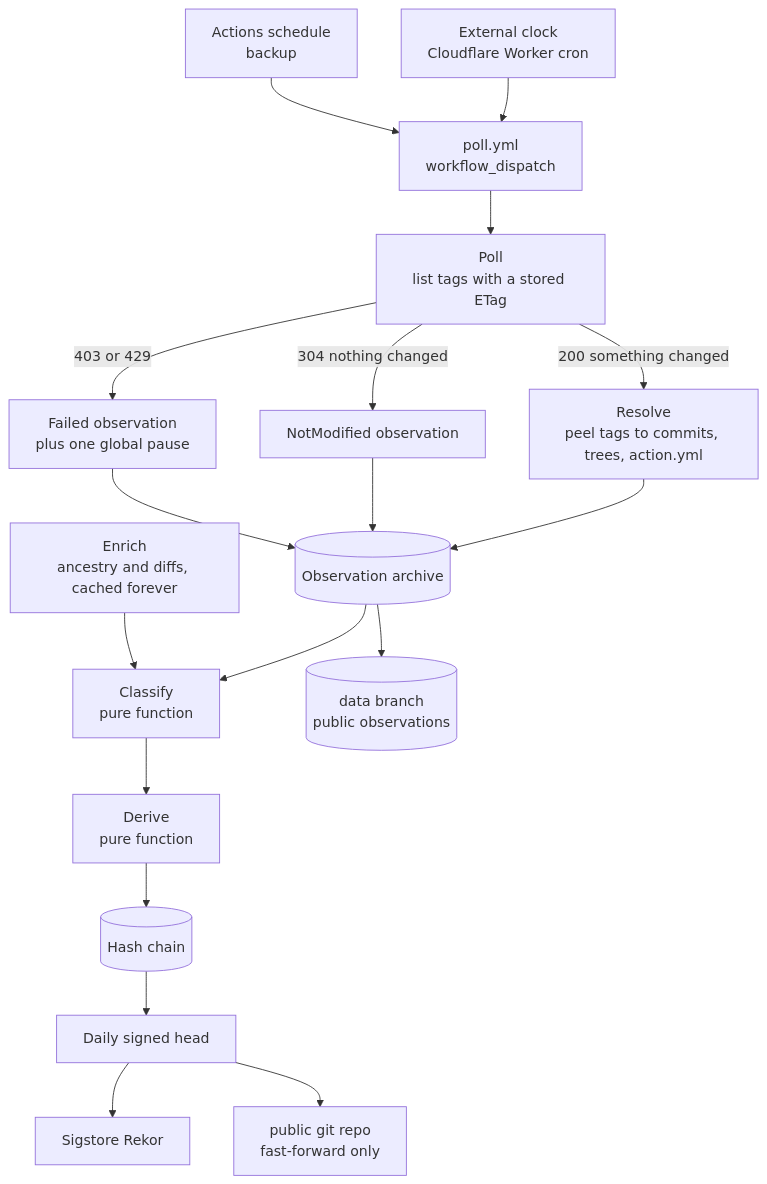
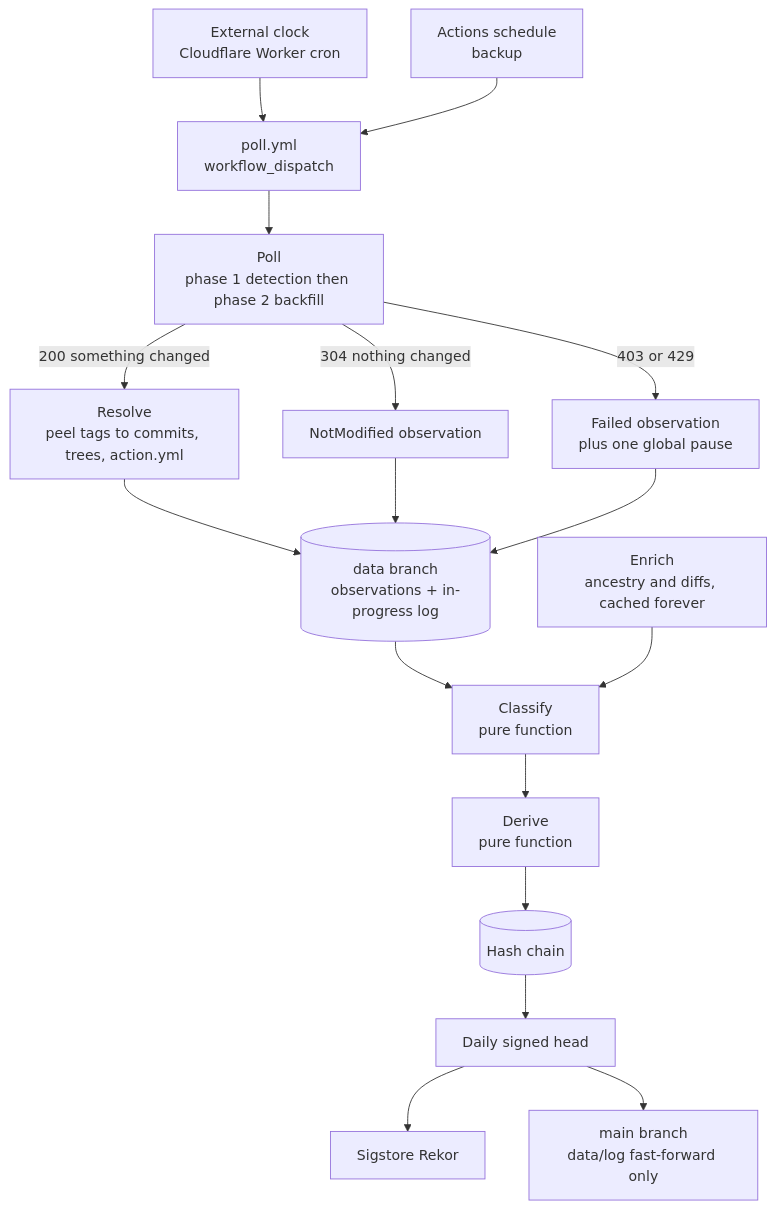
Before and after one commit to GautamTalksDev/refledger: the first of 6 diagrams in docs/HOW-IT-WORKS.md, drawn with Mermaid. The commit also changed other lines of this file and 13 other files, not shown here.

````diff
--- a/docs/HOW-IT-WORKS.md
+++ b/docs/HOW-IT-WORKS.md
@@ -5,20 +5,19 @@
 ```mermaid
 flowchart TD
     S["External clock<br/>Cloudflare Worker cron"] --> W["poll.yml<br/>workflow_dispatch"]
     B["Actions schedule<br/>backup"] --> W
-    W --> P["Poll<br/>list tags with a stored ETag"]
+    W --> P["Poll<br/>phase 1 detection then phase 2 backfill"]
     P -->|"304 nothing changed"| NM["NotModified observation"]
     P -->|"200 something changed"| R["Resolve<br/>peel tags to commits, trees, action.yml"]
     P -->|"403 or 429"| F["Failed observation<br/>plus one global pause"]
-    R --> O[("Observation archive")]
+    R --> O[("data branch<br/>observations + in-progress log")]
     NM --> O
     F --> O
     O --> C["Classify<br/>pure function"]
     E["Enrich<br/>ancestry and diffs, cached forever"] --> C
     C --> D["Derive<br/>pure function"]
     D --> L[("Hash chain")]
     L --> H["Daily signed head"]
     H --> K["Sigstore Rekor"]
-    H --> G["public git repo<br/>fast-forward only"]
-    O --> M[("data branch<br/>public observations")]
+    H --> G["main branch<br/>data/log fast-forward only"]
 ```
````
